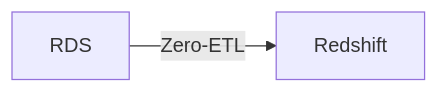
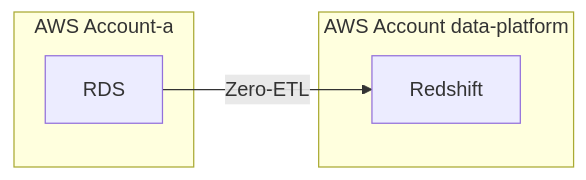
Before and after one commit to kenzo0107/kenzo0107.github.io: the second of 6 diagrams in _blog/source/_posts/2024-12-19-rds-replicate-to-glue-iceberg-table.md, drawn with Mermaid. The commit also changed other lines of this file and 10 other files, not shown here.

````diff
--- a/_blog/source/_posts/2024-12-19-rds-replicate-to-glue-iceberg-table.md
+++ b/_blog/source/_posts/2024-12-19-rds-replicate-to-glue-iceberg-table.md
@@ -49,5 +57,14 @@
 ```mermaid
 graph LR
 
+subgraph AWS Account-a
+  RDS
+end
+
 RDS--Zero-ETL-->Redshift
+
+subgraph AWS Account data-platform
+  Redshift
+end
+
 ```
````
